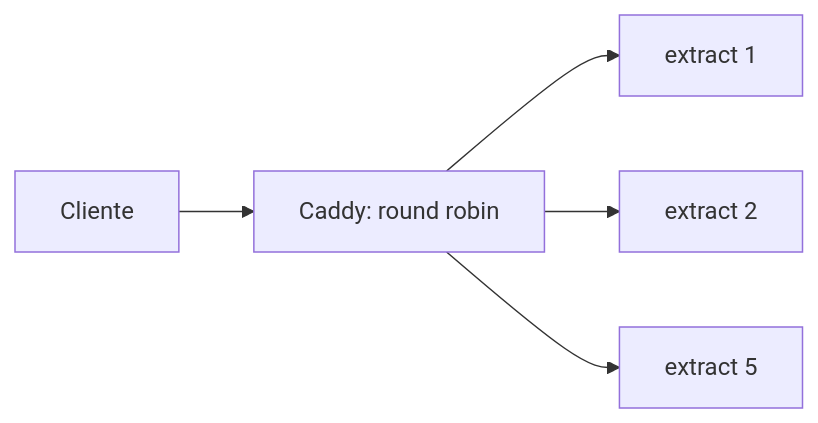
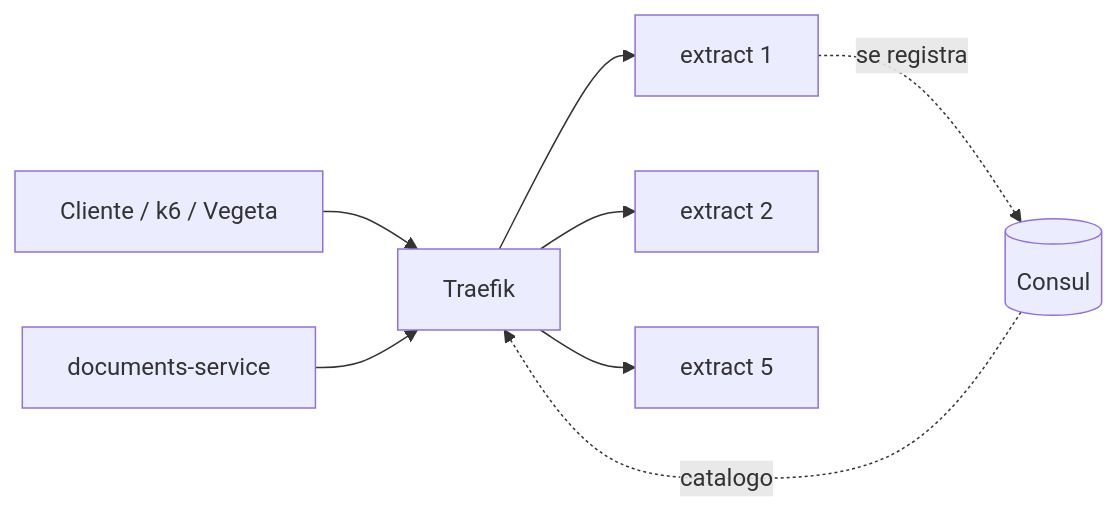
The diagram in README.md (juandelosrios124/extract-service), drawn with Mermaid before and after one commit. The commit also changed other lines of this file and 12 other files, not shown here.

Commit message:
refactor: eliminar Caddy y medir contra Traefik

````diff
--- a/README.md
+++ b/README.md
@@ -189,7 +193,10 @@
 ```mermaid
 flowchart LR
-  C[Cliente] --> P[Caddy: round robin]
-  P --> R1[extract 1]
-  P --> R2[extract 2]
-  P --> R5[extract 5]
+  C[Cliente / k6 / Vegeta] --> T[Traefik]
+  D[documents-service] --> T
+  T --> R1[extract 1]
+  T --> R2[extract 2]
+  T --> R5[extract 5]
+  R1 -. se registra .-> K[(Consul)]
+  K -. catalogo .-> T
 ```
````
